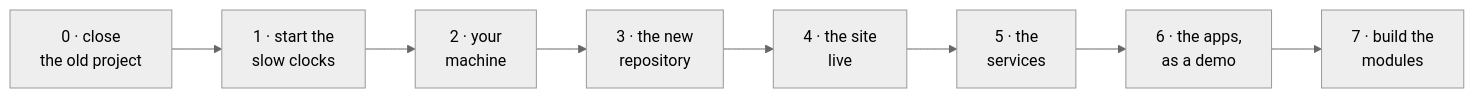
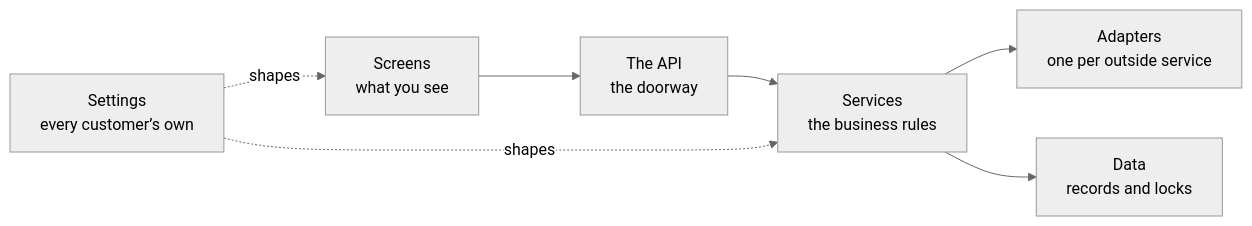
One commit to vastrangam/AI_Content_Engine changed the diagram in MEDHAVA_BUILD_GUIDE.md. Above: the diagram before and after it, drawn with Mermaid (neutral theme). The commit also changed other lines of this file and 28 other files, not shown here.

````diff
--- a/MEDHAVA_BUILD_GUIDE.md
+++ b/MEDHAVA_BUILD_GUIDE.md
@@ -30,10 +121,9 @@
 ```mermaid
 flowchart LR
-  A["0 · close<br/>the old project"] --> B["1 · start the<br/>slow clocks"]
-  B --> C["2 · your<br/>machine"]
-  C --> D["3 · the new<br/>repository"]
-  D --> E["4 · the site<br/>live"]
-  E --> F["5 · the<br/>services"]
-  F --> G["6 · the apps,<br/>as a demo"]
-  G --> H["7 · build the<br/>modules"]
+  A["Screens<br/>what you see"] --> B["The API<br/>the doorway"]
+  B --> C["Services<br/>the business rules"]
+  C --> D["Adapters<br/>one per outside service"]
+  C --> E["Data<br/>records and locks"]
+  F["Settings<br/>every customer’s own"] -.->|"shapes"| A
+  F -.->|"shapes"| C
 ```
````
